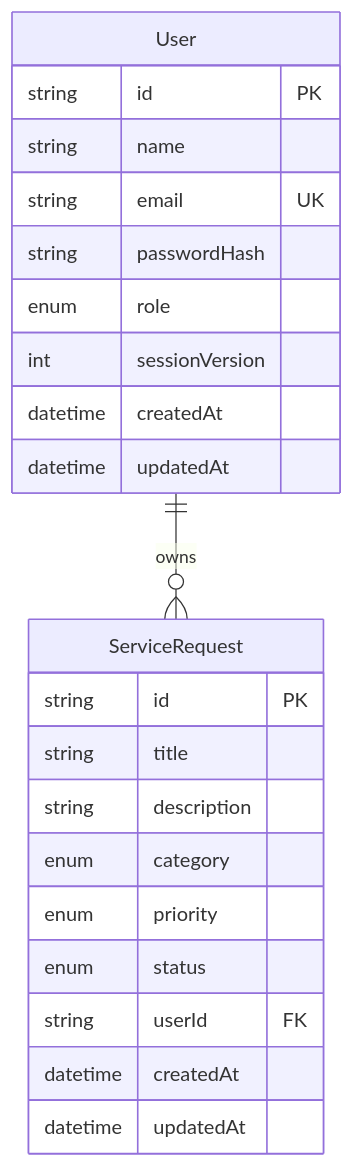
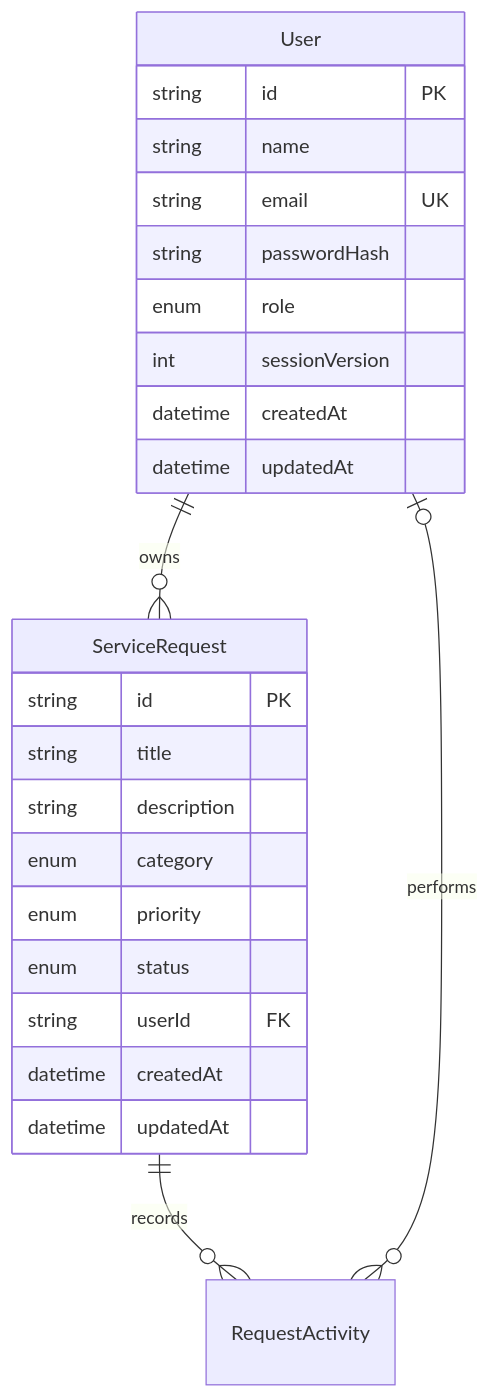
The first of 2 diagrams in docs/database.md (UdeshaRashmi/ServiceNova), drawn with Mermaid before and after one commit. The commit also changed other lines of this file and 25 other files, not shown here.

Commit message:
add activity history and dashboard status chart

````diff
--- a/docs/database.md
+++ b/docs/database.md
@@ -5,25 +5,27 @@
 ```mermaid
 erDiagram
   User ||--o{ ServiceRequest : owns
+  ServiceRequest ||--o{ RequestActivity : records
+  User o|--o{ RequestActivity : performs
   User {
     string id PK
     string name
     string email UK
     string passwordHash
     enum role
     int sessionVersion
     datetime createdAt
     datetime updatedAt
   }
   ServiceRequest {
     string id PK
     string title
     string description
     enum category
     enum priority
     enum status
     string userId FK
     datetime createdAt
     datetime updatedAt
   }
 ```
````
